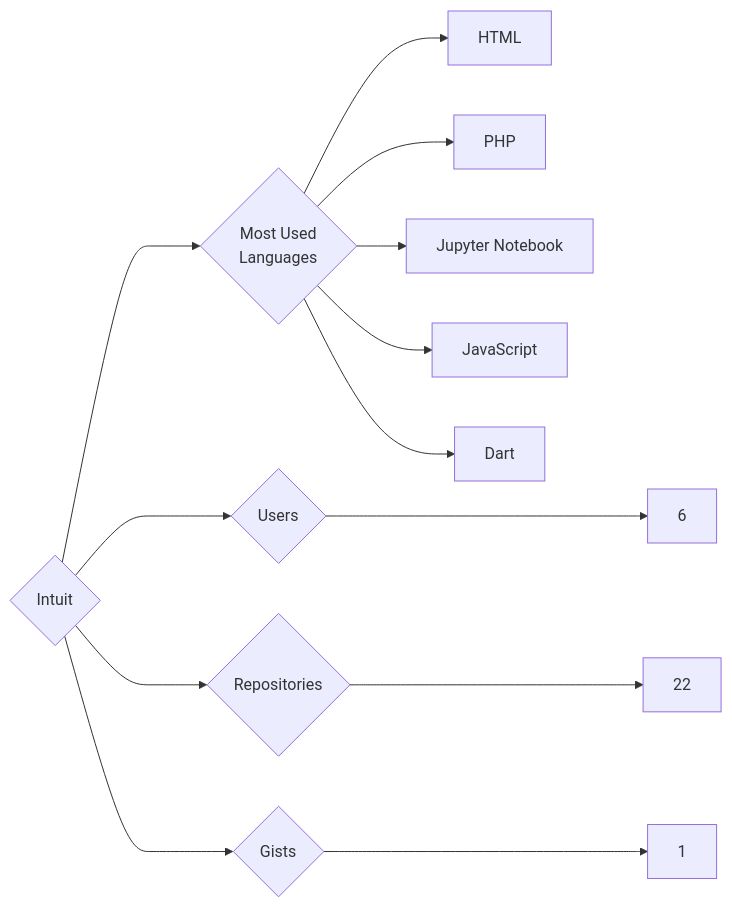
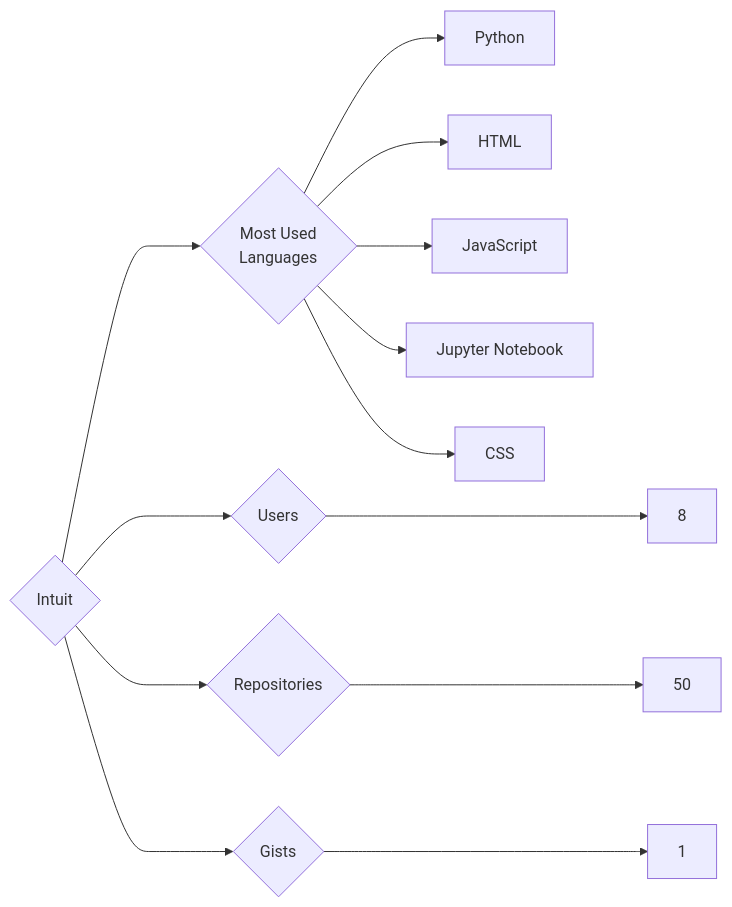
Before and after one commit to trickest/insiders: the diagram in targets/Intuit/README.md, drawn with Mermaid. The commit also changed 985 other files, not shown here.

````diff
--- a/targets/Intuit/README.md
+++ b/targets/Intuit/README.md
@@ -3,13 +3,13 @@
 ```mermaid
 graph LR
 COMPANY_NAME{Intuit}
-COMPANY_NAME ---> U{Users} ---> UN[6]
-COMPANY_NAME ---> R{Repositories} ---> RN[22]
+COMPANY_NAME ---> U{Users} ---> UN[8]
+COMPANY_NAME ---> R{Repositories} ---> RN[50]
 COMPANY_NAME ---> G{Gists} ---> GN[1]
 COMPANY_NAME ---> ML{Most Used<br>Languages}
+ML --> Python[Python]
 ML --> HTML[HTML]
-ML --> PHP[PHP]
+ML --> JavaScript[JavaScript]
 ML --> Jupyter_Notebook[Jupyter Notebook]
-ML --> JavaScript[JavaScript]
-ML --> Dart[Dart]
+ML --> CSS[CSS]
 ```
````
